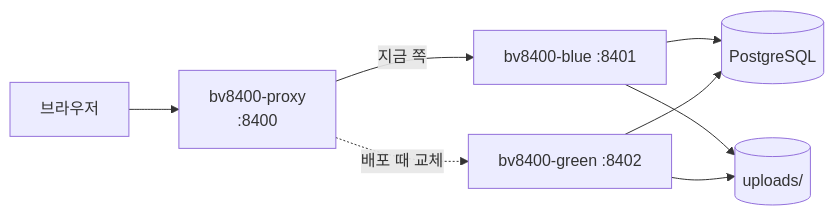
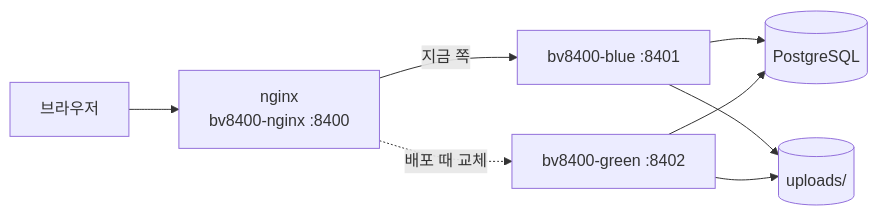
The diagram in README.md (AIP-1/blog-basic-AIGJ_01_011-blogville), drawn with Mermaid before and after one commit. The commit also changed other lines of this file and 10 other files, not shown here.

````diff
--- a/README.md
+++ b/README.md
@@ -37,10 +37,10 @@
 ```mermaid
 flowchart LR
-  U[브라우저] --> P["bv8400-proxy<br/>:8400"]
+  U[브라우저] --> P["nginx<br/>bv8400-nginx :8400"]
   P -->|지금 쪽| B["bv8400-blue :8401"]
   P -.->|배포 때 교체| G["bv8400-green :8402"]
   B --> DB[(PostgreSQL)]
   G --> DB
   B --> F[(uploads/)]
   G --> F
 ```
````
